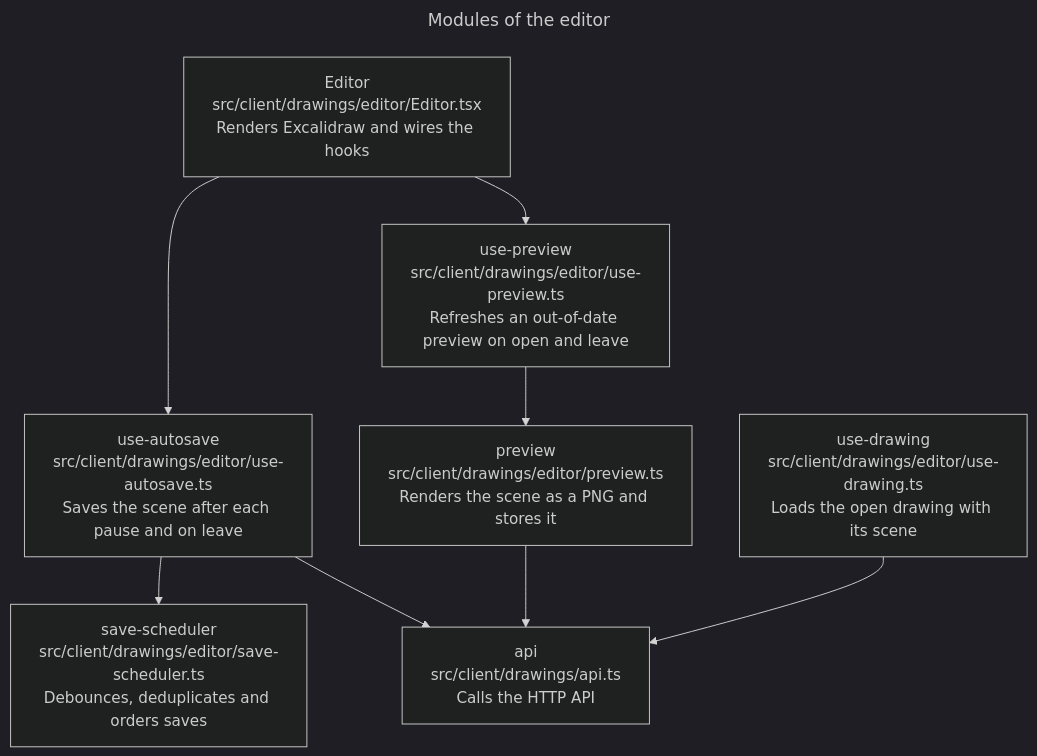
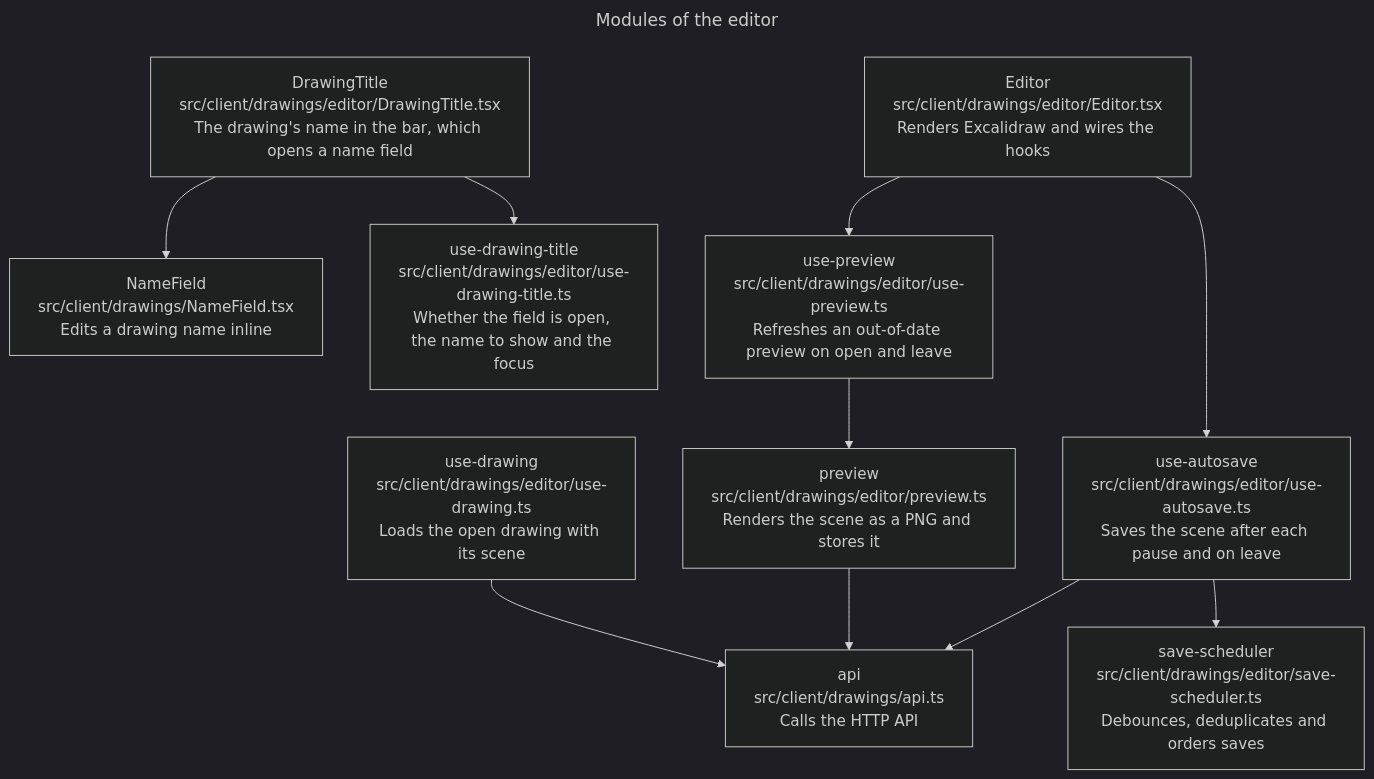
One commit to remshams/excalidraw-dashboard changed the sixth of 11 diagrams in docs/architecture/architecture.md. Above: the diagram before and after it, drawn with Mermaid (dark theme). The commit also changed other lines of this file and 1 other file, not shown here.

Commit message:
docs(Architecture): describe renaming the open drawing from the editor bar

````diff
--- a/docs/architecture/architecture.md
+++ b/docs/architecture/architecture.md
@@ -200,18 +203,22 @@
 ```mermaid
 ---
 title: Modules of the editor
 ---
 flowchart TD
     drawing["use-drawing<br>src/client/drawings/editor/use-drawing.ts<br>Loads the open drawing with its scene"]:::module
     editor["Editor<br>src/client/drawings/editor/Editor.tsx<br>Renders Excalidraw and wires the hooks"]:::module
     autosave["use-autosave<br>src/client/drawings/editor/use-autosave.ts<br>Saves the scene after each pause and on leave"]:::module
     scheduler["save-scheduler<br>src/client/drawings/editor/save-scheduler.ts<br>Debounces, deduplicates and orders saves"]:::module
     usePreview["use-preview<br>src/client/drawings/editor/use-preview.ts<br>Refreshes an out-of-date preview on open and leave"]:::module
     preview["preview<br>src/client/drawings/editor/preview.ts<br>Renders the scene as a PNG and stores it"]:::module
+    title["DrawingTitle<br>src/client/drawings/editor/DrawingTitle.tsx<br>The drawing's name in the bar, which opens a name field"]:::module
+    titleState["use-drawing-title<br>src/client/drawings/editor/use-drawing-title.ts<br>Whether the field is open, the name to show and the focus"]:::module
+    name["NameField<br>src/client/drawings/NameField.tsx<br>Edits a drawing name inline"]:::module
     api["api<br>src/client/drawings/api.ts<br>Calls the HTTP API"]:::module
+    title --> titleState & name
     editor --> autosave & usePreview
     autosave --> scheduler & api
     usePreview --> preview
     preview --> api
     drawing --> api
 ```
````
